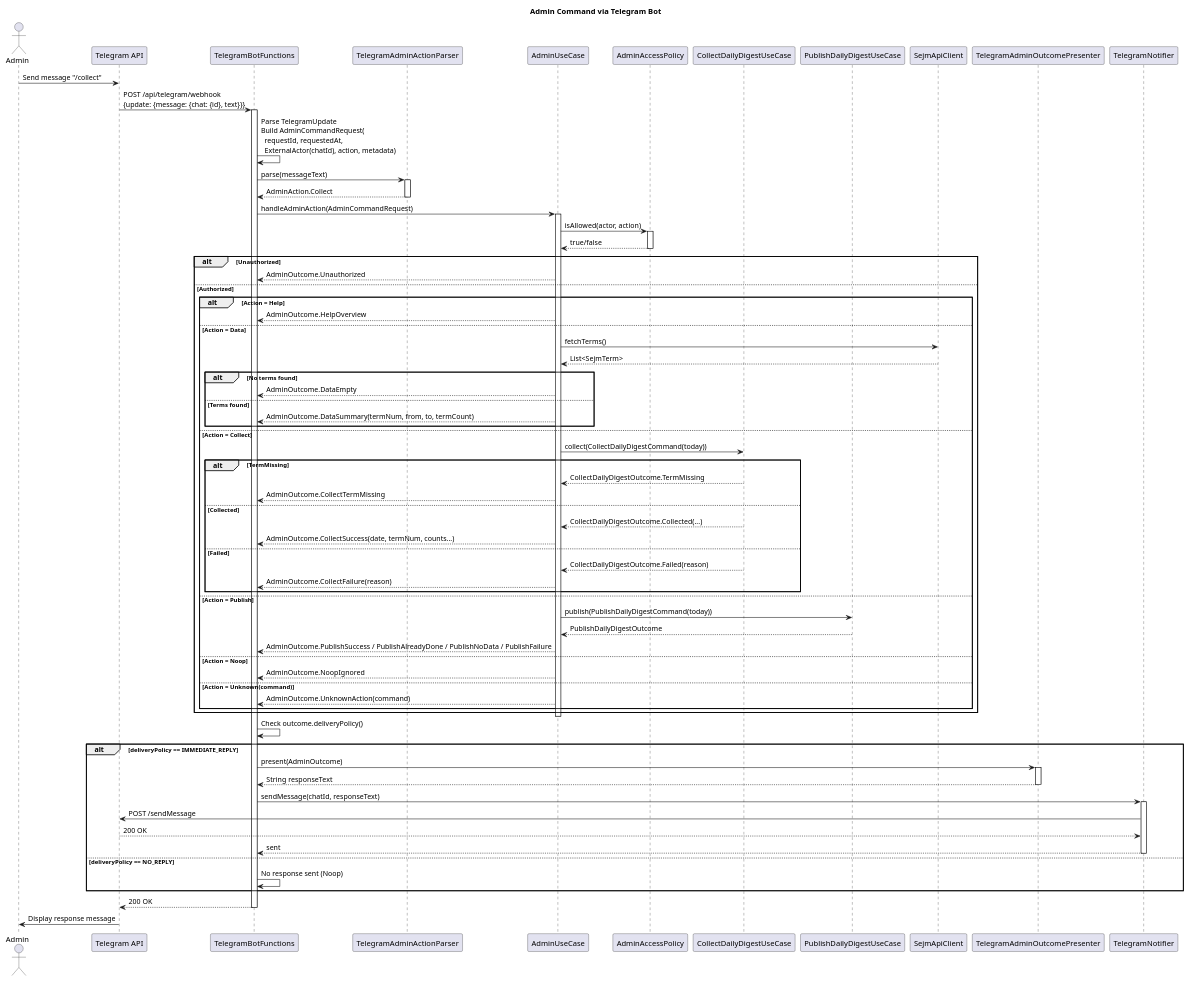
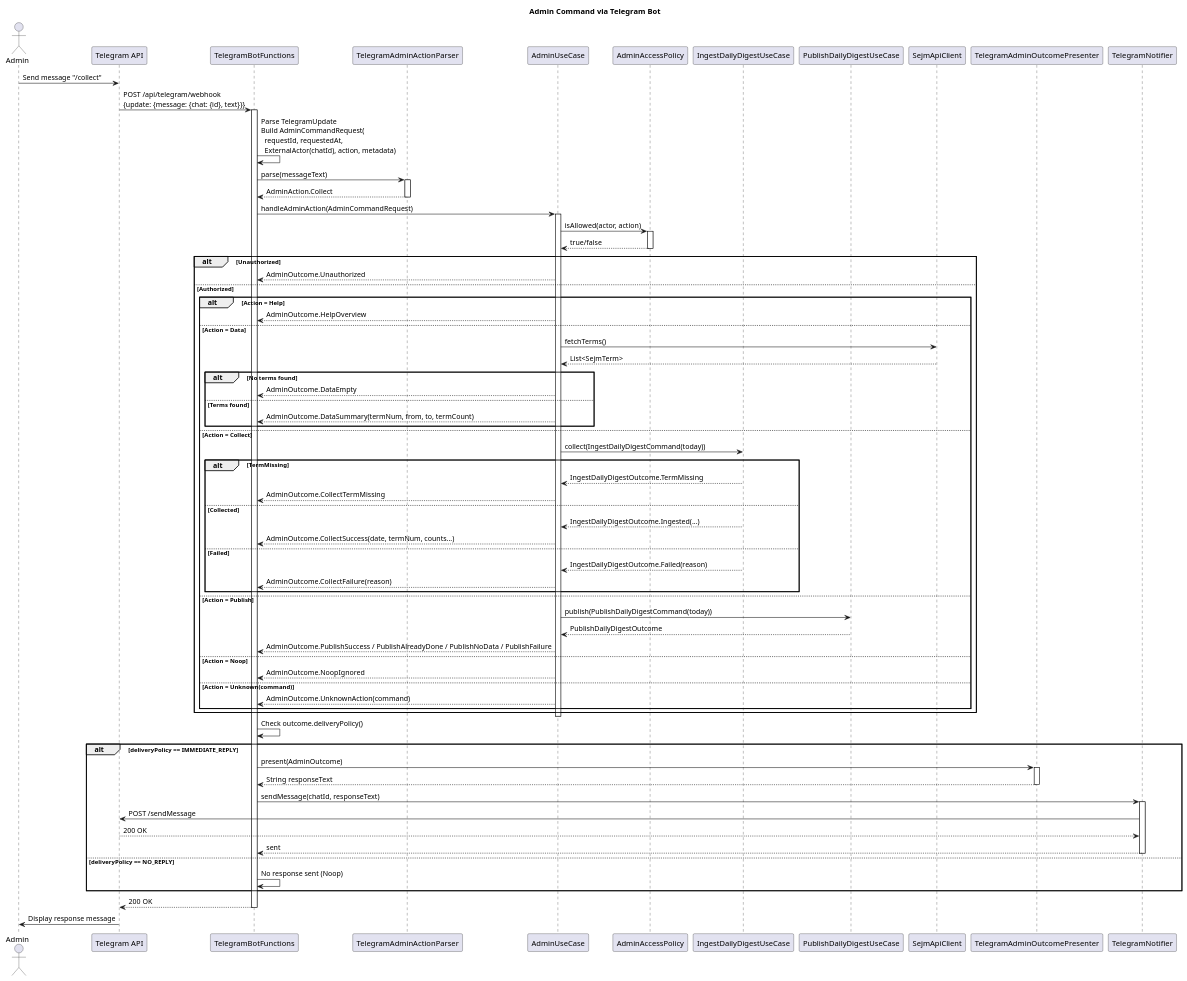
Before and after one commit to onlexnet/sejmstream: the diagram in docs/sequences/seq-admin-telegram.puml, drawn with PlantUML. The commit also changed 43 other files, not shown here.

```diff
--- a/docs/sequences/seq-admin-telegram.puml
+++ b/docs/sequences/seq-admin-telegram.puml
@@ -1,102 +1,102 @@
 @startuml seq_admin_telegram
 title Admin Command via Telegram Bot
 
 actor "Admin" as admin
 participant "Telegram API" as tg_api
 participant "TelegramBotFunctions" as fn
 participant "TelegramAdminActionParser" as parser
 participant "AdminUseCase" as uc
 participant "AdminAccessPolicy" as policy
-participant "CollectDailyDigestUseCase" as collect
+participant "IngestDailyDigestUseCase" as collect
 participant "PublishDailyDigestUseCase" as publish
 participant "SejmApiClient" as api
 participant "TelegramAdminOutcomePresenter" as presenter
 participant "TelegramNotifier" as notifier
 
 admin -> tg_api: Send message "/collect"
 tg_api -> fn: POST /api/telegram/webhook\n{update: {message: {chat: {id}, text}}}
 activate fn
 
 fn -> fn: Parse TelegramUpdate\nBuild AdminCommandRequest(\n  requestId, requestedAt,\n  ExternalActor(chatId), action, metadata)
 
 fn -> parser: parse(messageText)
 activate parser
 parser --> fn: AdminAction.Collect
 deactivate parser
 
 fn -> uc: handleAdminAction(AdminCommandRequest)
 activate uc
 
 uc -> policy: isAllowed(actor, action)
 activate policy
 policy --> uc: true/false
 deactivate policy
 
 alt Unauthorized
     uc --> fn: AdminOutcome.Unauthorized
 else Authorized
 
     alt Action = Help
         uc --> fn: AdminOutcome.HelpOverview
 
     else Action = Data
         uc -> api: fetchTerms()
         api --> uc: List<SejmTerm>
         alt No terms found
             uc --> fn: AdminOutcome.DataEmpty
         else Terms found
             uc --> fn: AdminOutcome.DataSummary(termNum, from, to, termCount)
         end
 
     else Action = Collect
-        uc -> collect: collect(CollectDailyDigestCommand(today))
+        uc -> collect: collect(IngestDailyDigestCommand(today))
         alt TermMissing
-            collect --> uc: CollectDailyDigestOutcome.TermMissing
+            collect --> uc: IngestDailyDigestOutcome.TermMissing
             uc --> fn: AdminOutcome.CollectTermMissing
         else Collected
-            collect --> uc: CollectDailyDigestOutcome.Collected(...)
+            collect --> uc: IngestDailyDigestOutcome.Ingested(...)
             uc --> fn: AdminOutcome.CollectSuccess(date, termNum, counts...)
         else Failed
-            collect --> uc: CollectDailyDigestOutcome.Failed(reason)
+            collect --> uc: IngestDailyDigestOutcome.Failed(reason)
             uc --> fn: AdminOutcome.CollectFailure(reason)
         end
 
     else Action = Publish
         uc -> publish: publish(PublishDailyDigestCommand(today))
         publish --> uc: PublishDailyDigestOutcome
         uc --> fn: AdminOutcome.PublishSuccess / PublishAlreadyDone / PublishNoData / PublishFailure
 
     else Action = Noop
         uc --> fn: AdminOutcome.NoopIgnored
 
     else Action = Unknown(command)
         uc --> fn: AdminOutcome.UnknownAction(command)
     end
 end
 
 deactivate uc
 
 fn -> fn: Check outcome.deliveryPolicy()
 
 alt deliveryPolicy == IMMEDIATE_REPLY
     fn -> presenter: present(AdminOutcome)
     activate presenter
     presenter --> fn: String responseText
     deactivate presenter
 
     fn -> notifier: sendMessage(chatId, responseText)
     activate notifier
     notifier -> tg_api: POST /sendMessage
     tg_api --> notifier: 200 OK
     notifier --> fn: sent
     deactivate notifier
 else deliveryPolicy == NO_REPLY
     fn -> fn: No response sent (Noop)
 end
 
 fn --> tg_api: 200 OK
 deactivate fn
 
 tg_api -> admin: Display response message
 
 @enduml
```
